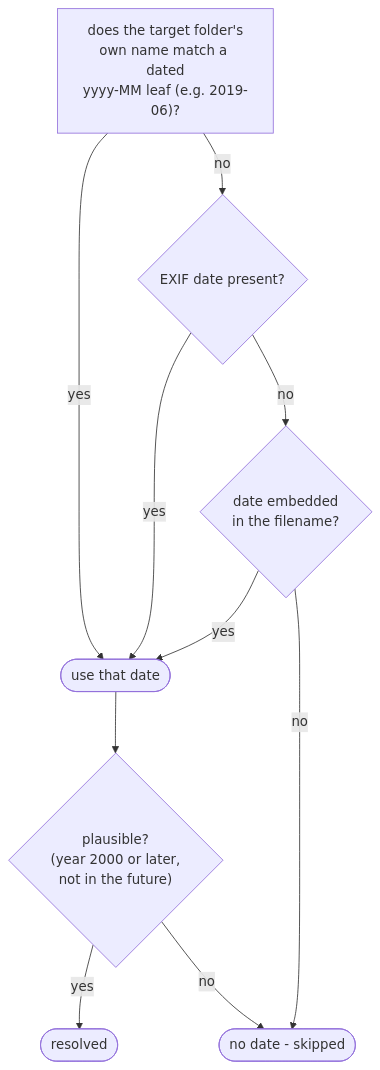
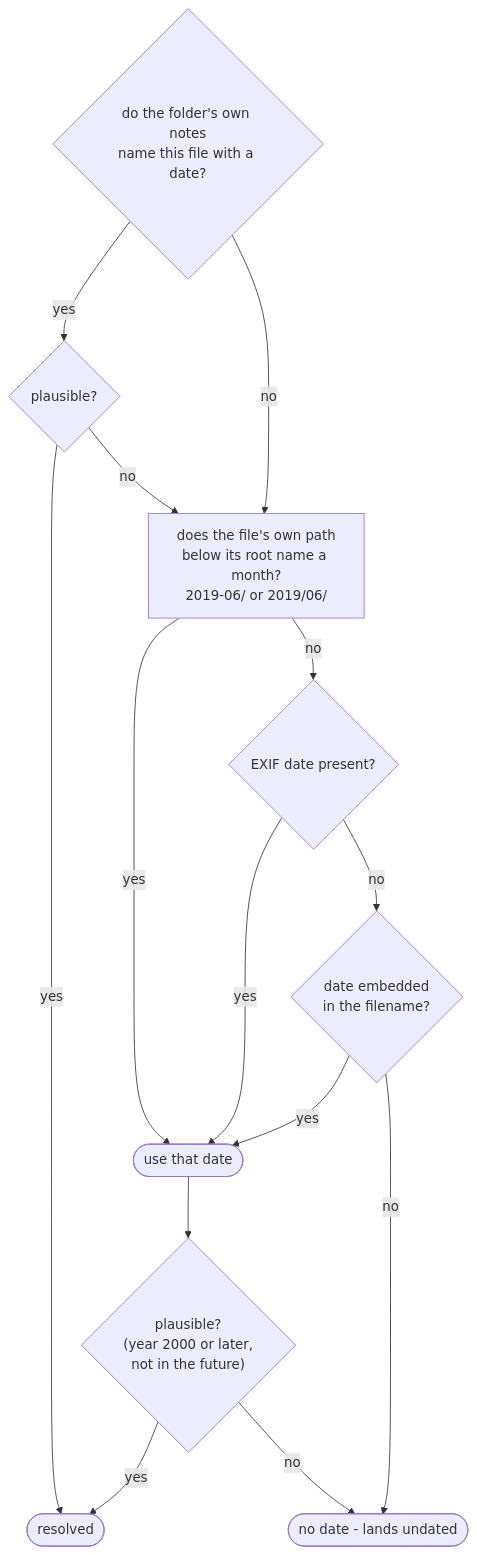
One commit to AdrianNachev91/sluice changed the second of 4 diagrams in app/docs/design/application/service/rescue-engine.md. Above: the diagram before and after it, drawn with Mermaid. The commit also changed other lines of this file and 83 other files, not shown here.

````diff
--- a/app/docs/design/application/service/rescue-engine.md
+++ b/app/docs/design/application/service/rescue-engine.md
@@ -34,12 +42,16 @@
 ```mermaid
 flowchart TD
-    A["does the target folder's<br/>own name match a dated<br/>yyyy-MM leaf (e.g. 2019-06)?"] -- yes --> B(["use that date"])
-    A -- no --> C{"EXIF date present?"}
-    C -- yes --> B
+    A{"do the folder's own notes<br/>name this file with a date?"} -- yes --> N{"plausible?"}
+    N -- yes --> G(["resolved"])
+    N -- no --> B
+    A -- no --> B["does the file's own path<br/>below its root name a month?<br/>2019-06/ or 2019/06/"]
+    B -- yes --> P(["use that date"])
+    B -- no --> C{"EXIF date present?"}
+    C -- yes --> P
     C -- no --> D{"date embedded<br/>in the filename?"}
-    D -- yes --> B
-    D -- no --> E(["no date - skipped"])
-    B --> F{"plausible?<br/>(year 2000 or later,<br/>not in the future)"}
-    F -- yes --> G(["resolved"])
+    D -- yes --> P
+    D -- no --> E(["no date - lands undated"])
+    P --> F{"plausible?<br/>(year 2000 or later,<br/>not in the future)"}
+    F -- yes --> G
     F -- no --> E
 ```
````
